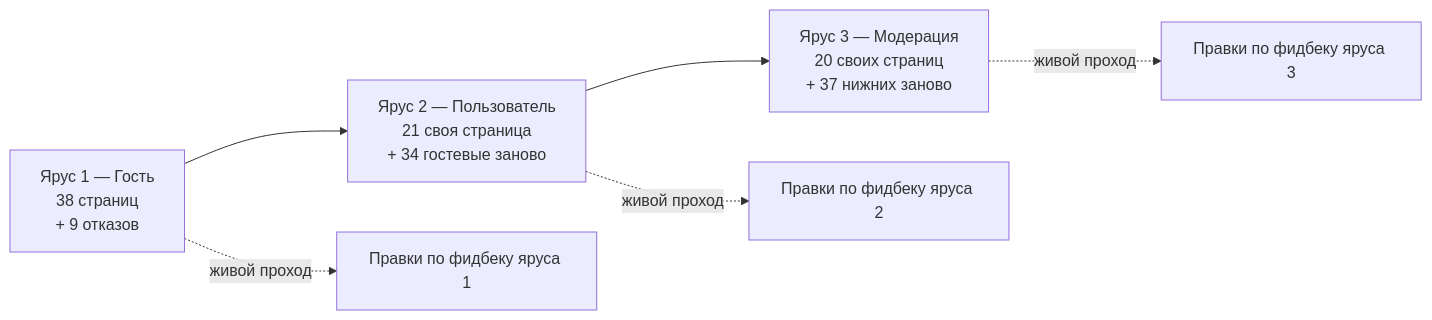
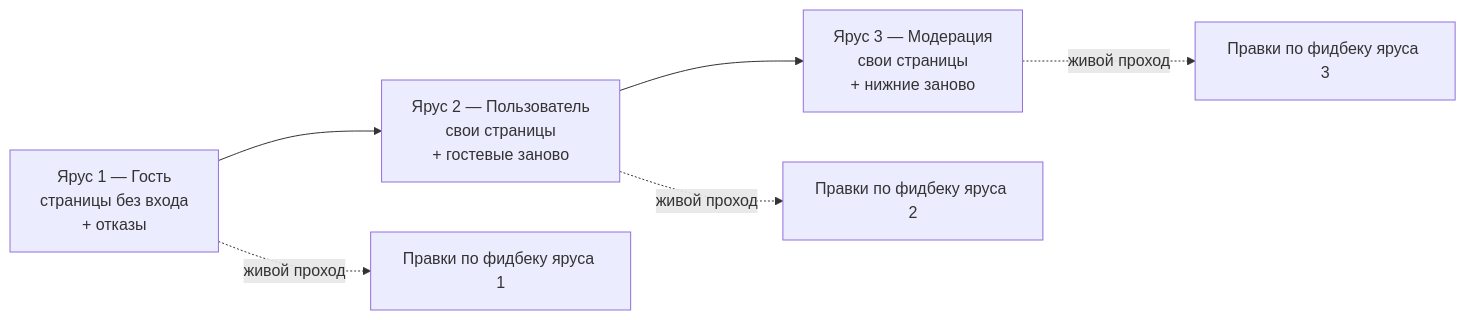
The second of 2 diagrams in docs/PROGRESS.md (dm-am/dm3), drawn with Mermaid before and after one commit. The commit also changed other lines of this file and 2107 other files, not shown here.

````diff
--- a/docs/PROGRESS.md
+++ b/docs/PROGRESS.md
@@ -40,8 +51,8 @@
 ```mermaid
 flowchart LR
-    G["Ярус 1 — Гость<br/>38 страниц<br/>+ 9 отказов"] --> U["Ярус 2 — Пользователь<br/>21 своя страница<br/>+ 34 гостевые заново"]
-    U --> M["Ярус 3 — Модерация<br/>20 своих страниц<br/>+ 37 нижних заново"]
+    G["Ярус 1 — Гость<br/>страницы без входа<br/>+ отказы"] --> U["Ярус 2 — Пользователь<br/>свои страницы<br/>+ гостевые заново"]
+    U --> M["Ярус 3 — Модерация<br/>свои страницы<br/>+ нижние заново"]
     G -.->|"живой проход"| G2["Правки по фидбеку яруса 1"]
     U -.->|"живой проход"| U2["Правки по фидбеку яруса 2"]
     M -.->|"живой проход"| M2["Правки по фидбеку яруса 3"]
 ```
````
